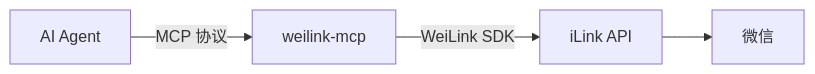
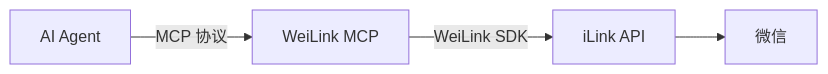
One commit to Oaklight/weilink changed the diagram in docs/usage/mcp.md. Above: the diagram before and after it, drawn with Mermaid. The commit also changed other lines of this file and 4 other files, not shown here.

````diff
--- a/docs/usage/mcp.md
+++ b/docs/usage/mcp.md
@@ -183,6 +184,6 @@
 ```mermaid
 graph LR
-    A[AI Agent] -->|MCP 协议| B[weilink-mcp]
+    A[AI Agent] -->|MCP 协议| B[WeiLink MCP]
     B -->|WeiLink SDK| C[iLink API]
     C --> D[微信]
 ```
````
